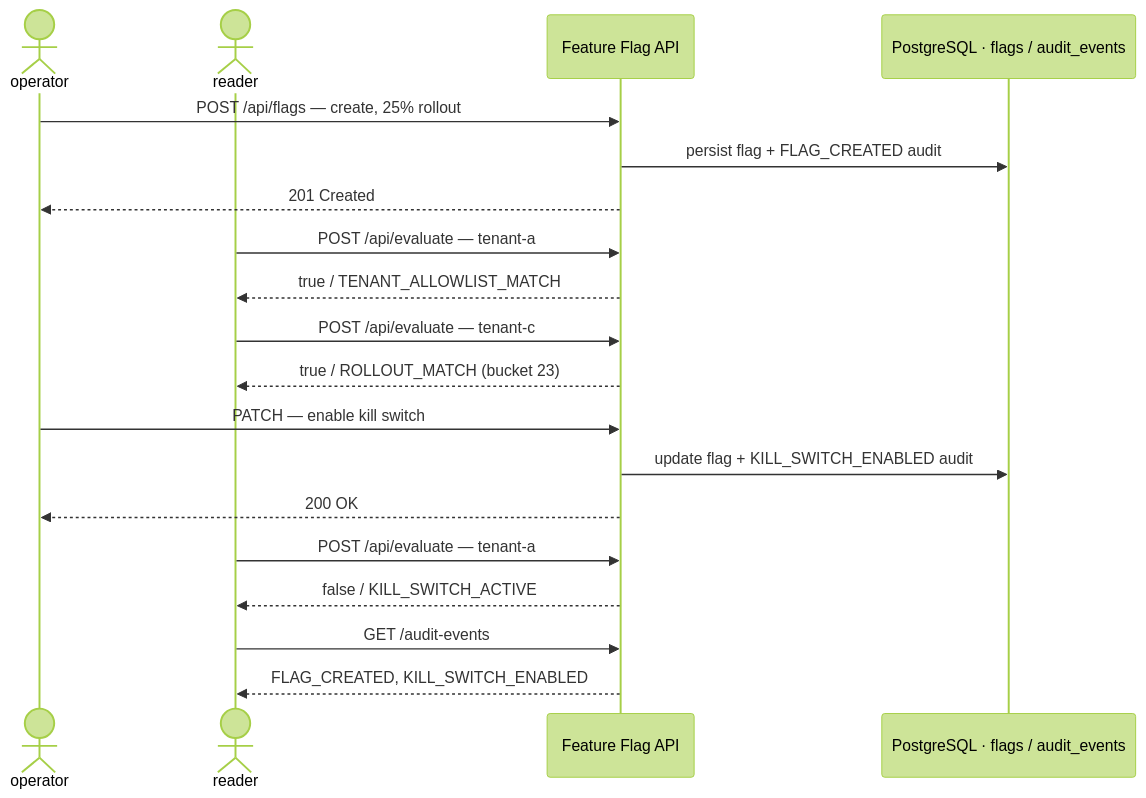
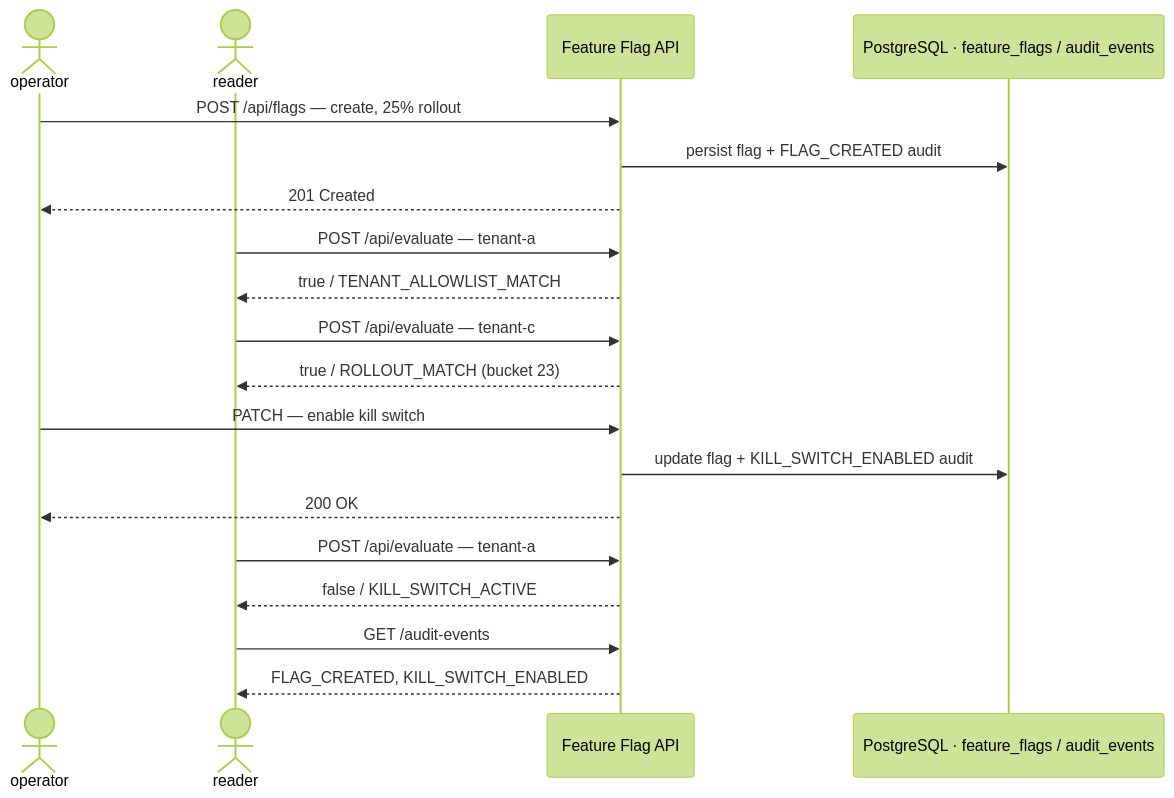
Before and after one commit to 42milez/feature-flag-expt: the third of 3 diagrams in README.md, drawn with Mermaid (forest theme). The commit also changed other lines of this file and 1 other file, not shown here.

````diff
--- a/README.md
+++ b/README.md
@@ -190,25 +192,25 @@
 ```mermaid
 sequenceDiagram
     actor Op as operator
     actor Rd as reader
     participant API as Feature Flag API
-    participant DB as PostgreSQL · flags / audit_events
+    participant DB as PostgreSQL · feature_flags / audit_events
 
     Op->>API: POST /api/flags — create, 25% rollout
     API->>DB: persist flag + FLAG_CREATED audit
     API-->>Op: 201 Created
 
     Rd->>API: POST /api/evaluate — tenant-a
     API-->>Rd: true / TENANT_ALLOWLIST_MATCH
     Rd->>API: POST /api/evaluate — tenant-c
     API-->>Rd: true / ROLLOUT_MATCH (bucket 23)
 
     Op->>API: PATCH — enable kill switch
     API->>DB: update flag + KILL_SWITCH_ENABLED audit
     API-->>Op: 200 OK
 
     Rd->>API: POST /api/evaluate — tenant-a
     API-->>Rd: false / KILL_SWITCH_ACTIVE
     Rd->>API: GET /audit-events
     API-->>Rd: FLAG_CREATED, KILL_SWITCH_ENABLED
 ```
````
